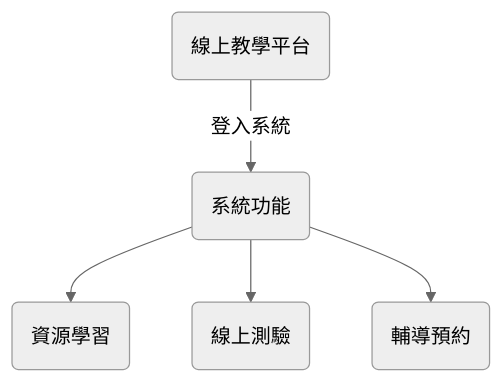
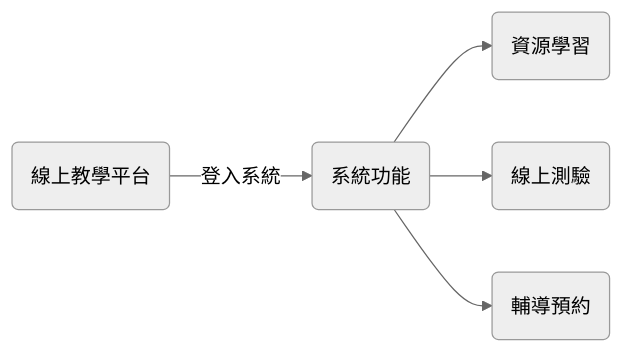
One commit to airmanxtw/StustTraining changed the diagram in netcore6/webapi/Mermaid.md. Above: the diagram before and after it, drawn with Mermaid (neutral theme). The commit also changed 2 other files, not shown here.

````diff
--- a/netcore6/webapi/Mermaid.md
+++ b/netcore6/webapi/Mermaid.md
@@ -1,7 +1,7 @@
 ``` mermaid
-graph TD
+graph LR
   A(線上教學平台) -->|登入系統| B(系統功能)
   B --> C(資源學習)
   B --> D(線上測驗)
   B --> E(輔導預約)
 ```
````
